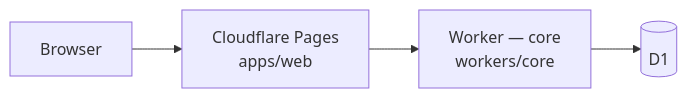
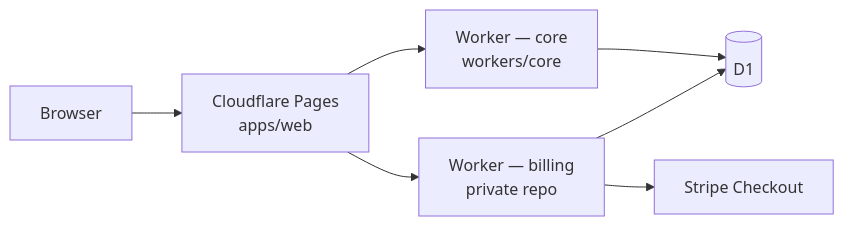
The diagram in README.md (lazehang/itineraryedge), drawn with Mermaid before and after one commit. The commit also changed other lines of this file and 19 other files, not shown here.

````diff
--- a/README.md
+++ b/README.md
@@ -11,6 +11,9 @@
 ```mermaid
 flowchart LR
   User[Browser] --> Pages[Cloudflare Pages<br/>apps/web]
   Pages --> WorkerA[Worker — core<br/>workers/core]
+  Pages --> WorkerB[Worker — billing<br/>private repo]
   WorkerA --> D1[(D1)]
+  WorkerB --> D1
+  WorkerB --> Stripe[Stripe Checkout]
 ```
````
